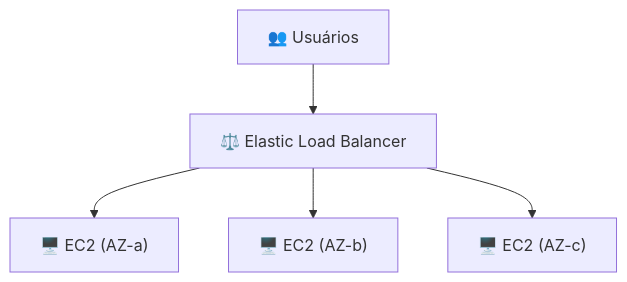
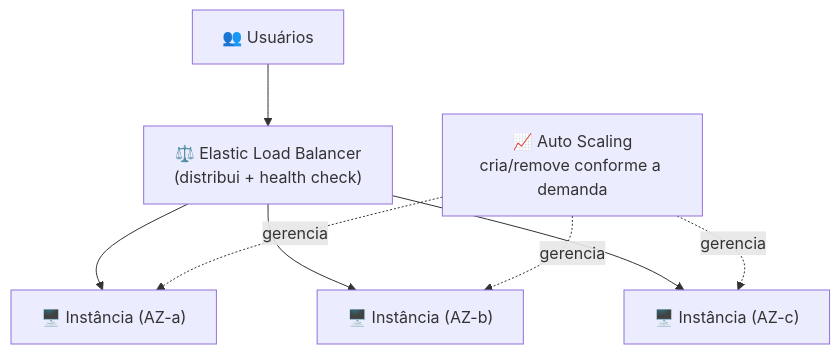
The diagram in certificacao-cloud/dominio-3-tecnologia-e-servicos/13-escalabilidade-e-alta-disponibilidade.md (melissaalves-stack/awscloudfoundations), drawn with Mermaid before and after one commit. The commit also changed other lines of this file and 23 other files, not shown here.

````diff
--- a/certificacao-cloud/dominio-3-tecnologia-e-servicos/13-escalabilidade-e-alta-disponibilidade.md
+++ b/certificacao-cloud/dominio-3-tecnologia-e-servicos/13-escalabilidade-e-alta-disponibilidade.md
@@ -41,7 +78,10 @@
 ```mermaid
 flowchart TD
-    U["👥 Usuários"] --> ELB["⚖️ Elastic Load Balancer"]
-    ELB --> I1["🖥️ EC2 (AZ-a)"]
-    ELB --> I2["🖥️ EC2 (AZ-b)"]
-    ELB --> I3["🖥️ EC2 (AZ-c)"]
+    U["👥 Usuários"] --> LB["⚖️ Elastic Load Balancer<br/>(distribui + health check)"]
+    LB --> I1["🖥️ Instância (AZ-a)"]
+    LB --> I2["🖥️ Instância (AZ-b)"]
+    LB --> I3["🖥️ Instância (AZ-c)"]
+    AS["📈 Auto Scaling<br/>cria/remove conforme a demanda"] -.gerencia.-> I1
+    AS -.gerencia.-> I2
+    AS -.gerencia.-> I3
 ```
````
